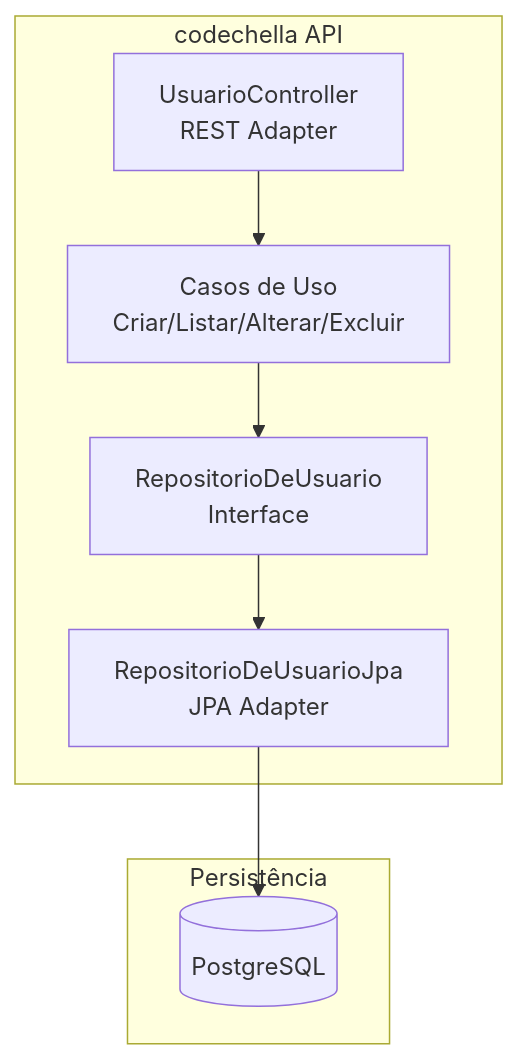
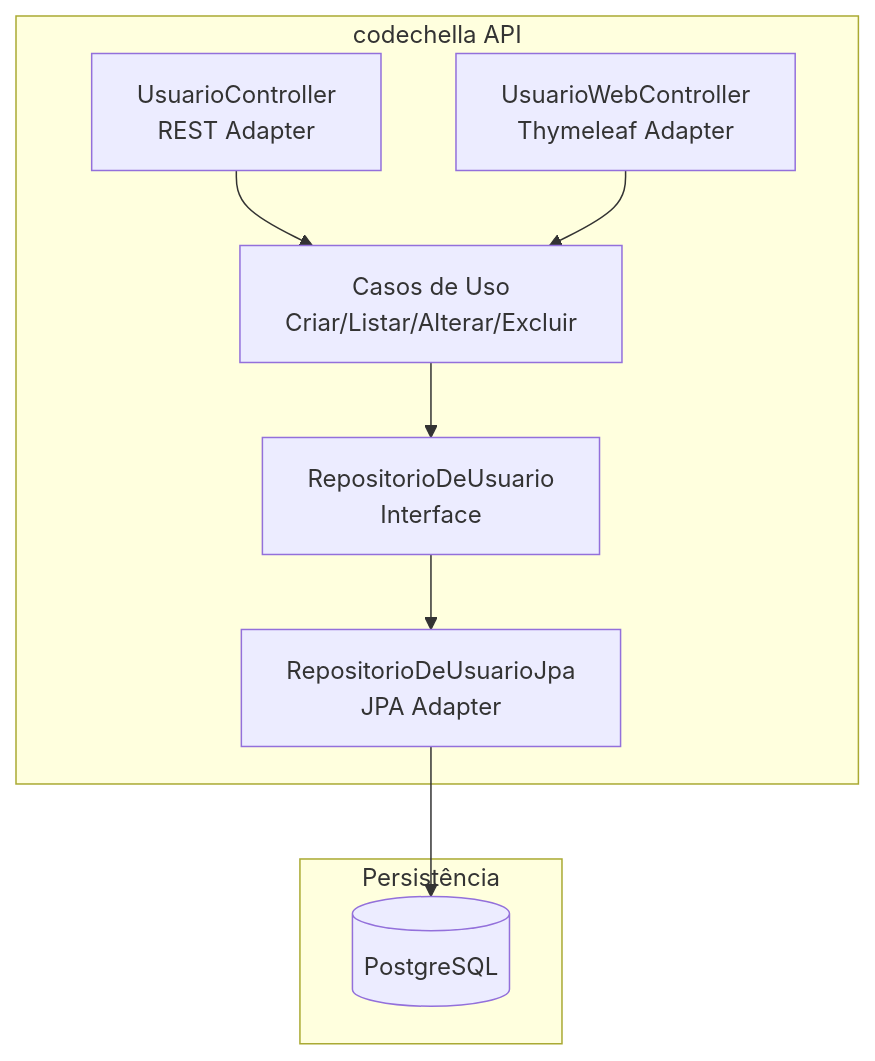
The third of 10 diagrams in openspec/specs/arquitetura-atual.spec.md (ricardo-tonietti-dev/clean-arch), drawn with Mermaid before and after one commit. The commit also changed other lines of this file and 10 other files, not shown here.

````diff
--- a/openspec/specs/arquitetura-atual.spec.md
+++ b/openspec/specs/arquitetura-atual.spec.md
@@ -105,18 +105,20 @@
 ```mermaid
 flowchart TB
   subgraph codechella API
     Controller[UsuarioController<br/>REST Adapter]
+    WebController[UsuarioWebController<br/>Thymeleaf Adapter]
     UseCases[Casos de Uso<br/>Criar/Listar/Alterar/Excluir]
     Gateway[RepositorioDeUsuario<br/>Interface]
     Adapter[RepositorioDeUsuarioJpa<br/>JPA Adapter]
   end
 
   subgraph Persistência
     DB[(PostgreSQL)]
   end
 
   Controller --> UseCases
+  WebController --> UseCases
   UseCases --> Gateway
   Gateway --> Adapter
   Adapter --> DB
 ```
````
